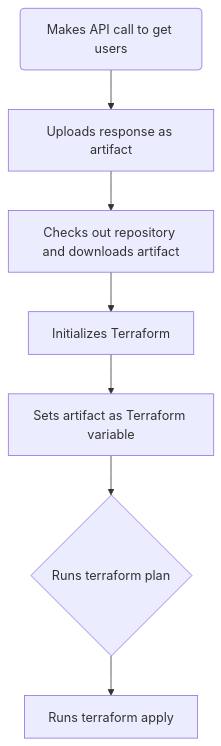
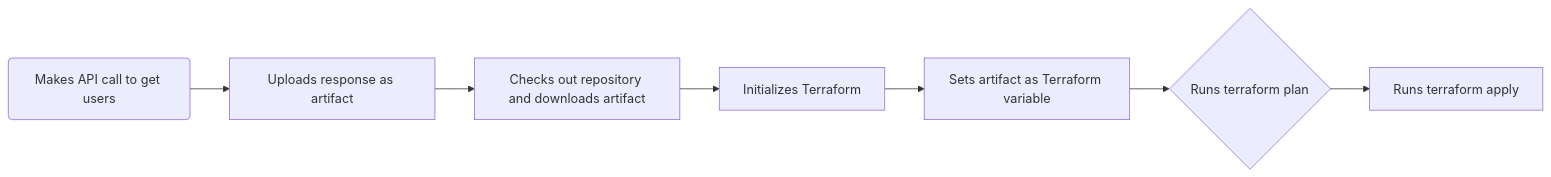
One commit to jackfperryjr/zanarkand changed the second of 2 diagrams in README.md. Above: the diagram before and after it, drawn with Mermaid.

Commit message:
Modified second diagram.

````diff
--- a/README.md
+++ b/README.md
@@ -19,9 +19,9 @@
 ```mermaid
-flowchart TD;
+flowchart LR;
     a(Makes API call to get users) --> b[Uploads response as artifact];
     b --> c[Checks out repository and downloads artifact];
     c --> d[Initializes Terraform];
     d --> e[Sets artifact as Terraform variable];
     e --> f{Runs terraform plan};
     f --> g[Runs terraform apply];
 ```
````
